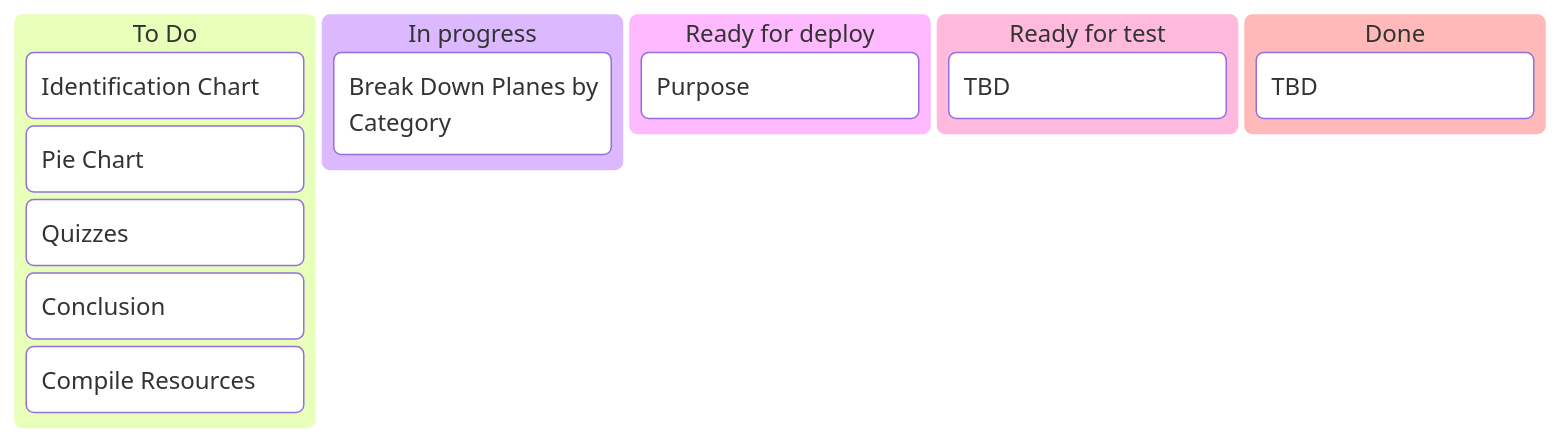
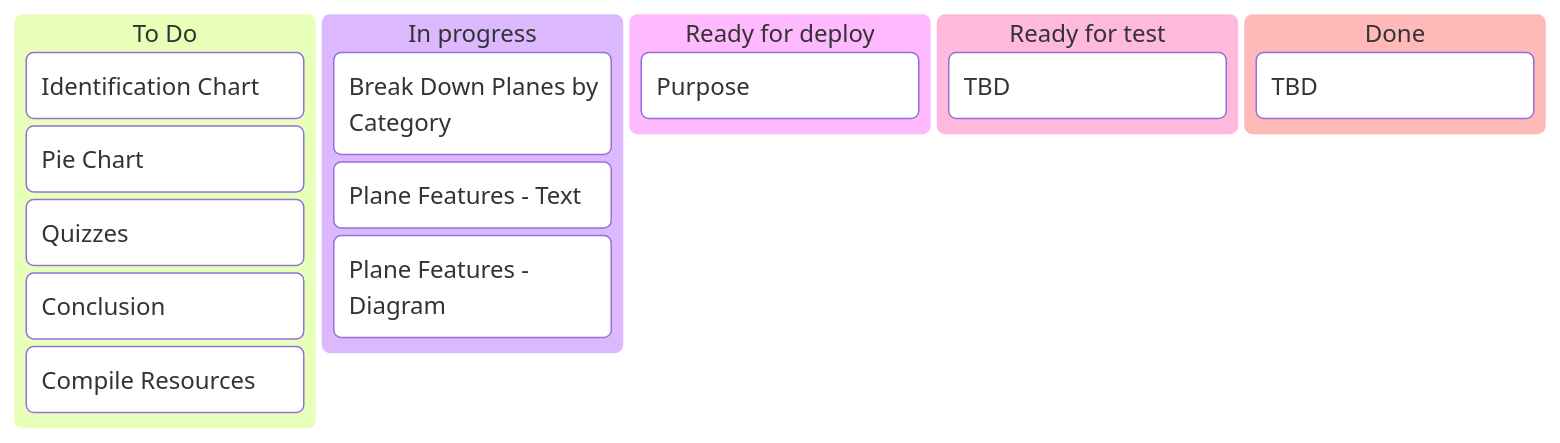
One commit to Bailey-Wu/Bailey-Wu changed the first of 3 diagrams in Dashboard.md. Above: the diagram before and after it, drawn with Mermaid. The commit also changed other lines of this file, not shown here.

````diff
--- a/Dashboard.md
+++ b/Dashboard.md
@@ -7,17 +8,19 @@
 ```mermaid
 kanban
   [To Do]
     [Identification Chart]
     [Pie Chart]
     [Quizzes]
     [Conclusion]
     [Compile Resources]
   [In progress]
     [Break Down Planes by Category]
+    [Plane Features - Text]
+    [Plane Features - Diagram]
   [Ready for deploy]
     [Purpose]
   [Ready for test]
     [TBD]
   [Done]
     [TBD]
 ```
````
